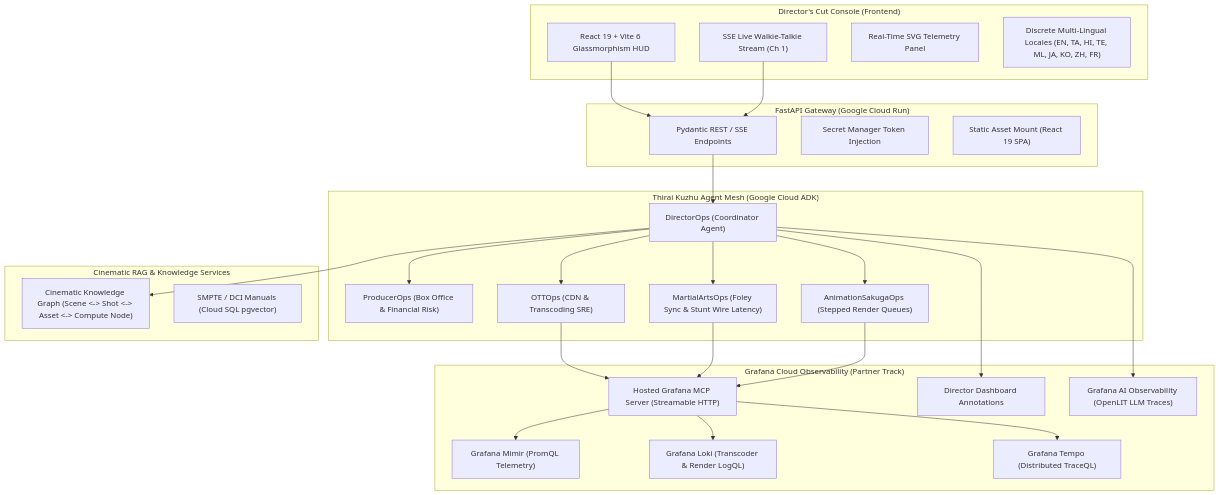
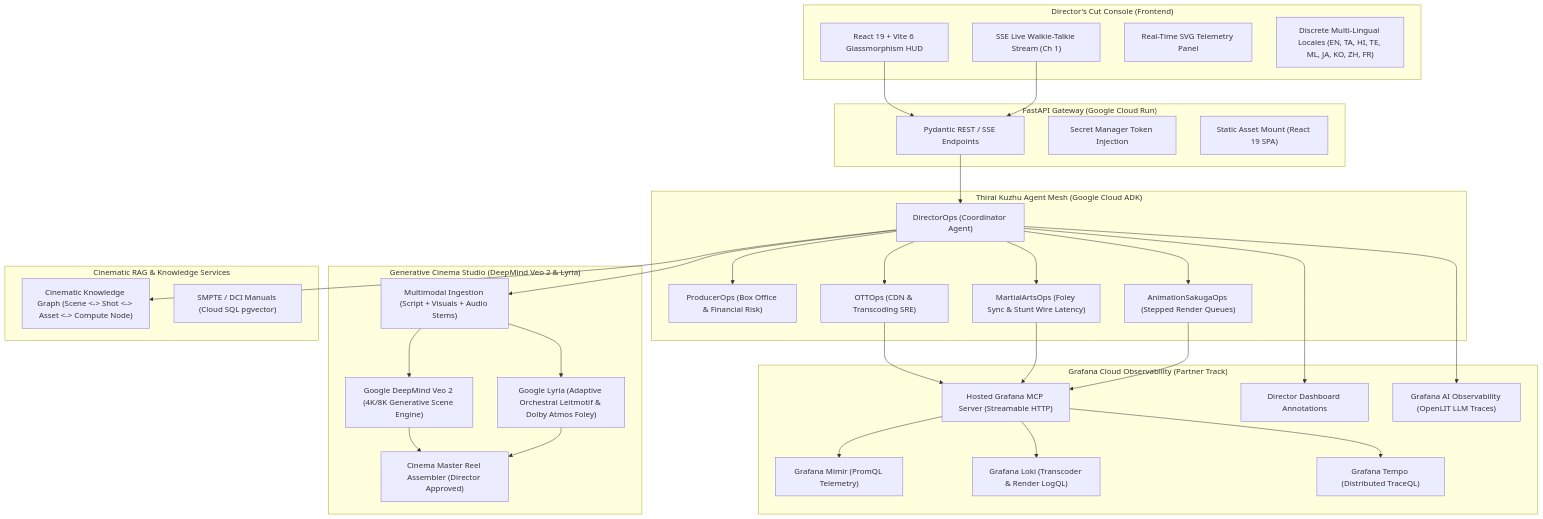
The diagram in README.md (sivasubramanian86/ThiraiKuzhuAI), drawn with Mermaid before and after one commit. The commit also changed other lines of this file and 14 other files, not shown here.

Commit message:
feat(cinema): add multimodal Veo 2/Lyria engine, architecture diagrams & uv/poetry support

````diff
--- a/README.md
+++ b/README.md
@@ -29,47 +36,56 @@
 ```mermaid
 flowchart TB
     subgraph ClientLayer["Director's Cut Console (Frontend)"]
         UI["React 19 + Vite 6 Glassmorphism HUD"]
         SSE_Client["SSE Live Walkie-Talkie Stream (Ch 1)"]
         Embed["Real-Time SVG Telemetry Panel"]
         i18n["Discrete Multi-Lingual Locales (EN, TA, HI, TE, ML, JA, KO, ZH, FR)"]
     end
 
     subgraph APILayer["FastAPI Gateway (Google Cloud Run)"]
         Routes["Pydantic REST / SSE Endpoints"]
         Auth["Secret Manager Token Injection"]
         Static["Static Asset Mount (React 19 SPA)"]
     end
 
     subgraph AgentMesh["Thirai Kuzhu Agent Mesh (Google Cloud ADK)"]
         DirectorOps["DirectorOps (Coordinator Agent)"]
         ProducerOps["ProducerOps (Box Office & Financial Risk)"]
         OTTOps["OTTOps (CDN & Transcoding SRE)"]
         MartialArtsOps["MartialArtsOps (Foley Sync & Stunt Wire Latency)"]
         SakugaOps["AnimationSakugaOps (Stepped Render Queues)"]
     end
 
+    subgraph MultimodalCinema["Generative Cinema Studio (DeepMind Veo 2 & Lyria)"]
+        MultimodalIngest["Multimodal Ingestion (Script + Visuals + Audio Stems)"]
+        VeoEngine["Google DeepMind Veo 2 (4K/8K Generative Scene Engine)"]
+        LyriaEngine["Google Lyria (Adaptive Orchestral Leitmotif & Dolby Atmos Foley)"]
+        ReelAssembler["Cinema Master Reel Assembler (Director Approved)"]
+    end
+
     subgraph RAGLayer["Cinematic RAG & Knowledge Services"]
         GraphRAG["Cinematic Knowledge Graph (Scene <-> Shot <-> Asset <-> Compute Node)"]
         SMPTE_RAG["SMPTE / DCI Manuals (Cloud SQL pgvector)"]
     end
 
     subgraph ObservabilityLayer["Grafana Cloud Observability (Partner Track)"]
         MCP_Server["Hosted Grafana MCP Server (Streamable HTTP)"]
         Mimir["Grafana Mimir (PromQL Telemetry)"]
         Loki["Grafana Loki (Transcoder & Render LogQL)"]
         Tempo["Grafana Tempo (Distributed TraceQL)"]
         Dashboard["Director Dashboard Annotations"]
         OpenLIT["Grafana AI Observability (OpenLIT LLM Traces)"]
     end
 
     UI --> Routes
     SSE_Client --> Routes
     Routes --> DirectorOps
     DirectorOps --> ProducerOps & OTTOps & MartialArtsOps & SakugaOps
+    DirectorOps --> MultimodalIngest
+    MultimodalIngest --> VeoEngine & LyriaEngine --> ReelAssembler
     DirectorOps --> GraphRAG
     OTTOps & MartialArtsOps & SakugaOps --> MCP_Server
     MCP_Server --> Mimir & Loki & Tempo
     DirectorOps --> Dashboard
     DirectorOps --> OpenLIT
 ```
````
